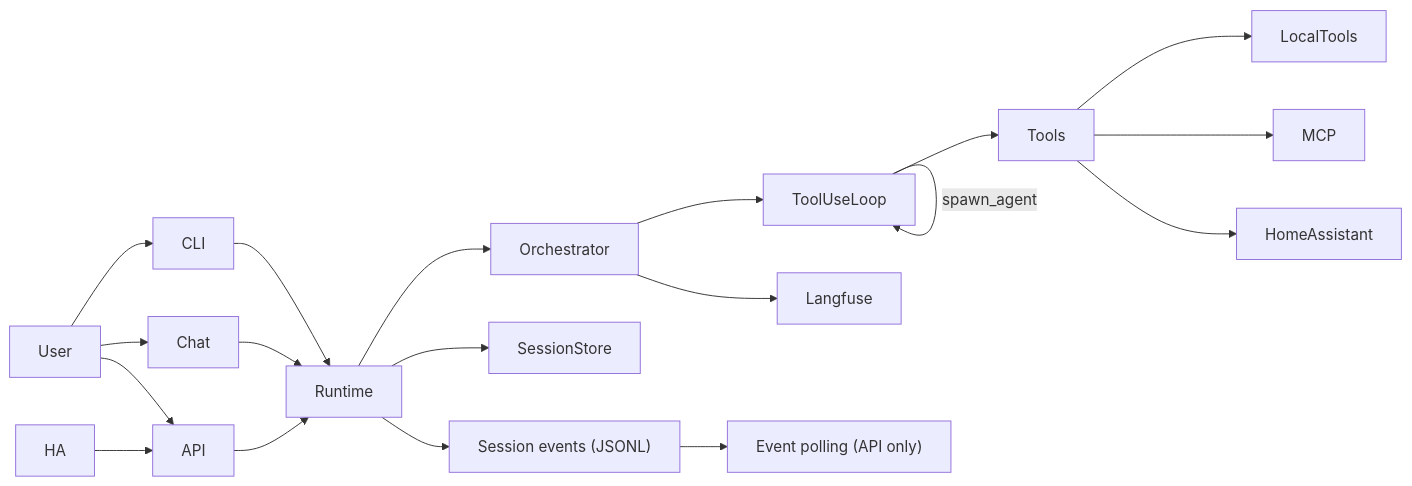
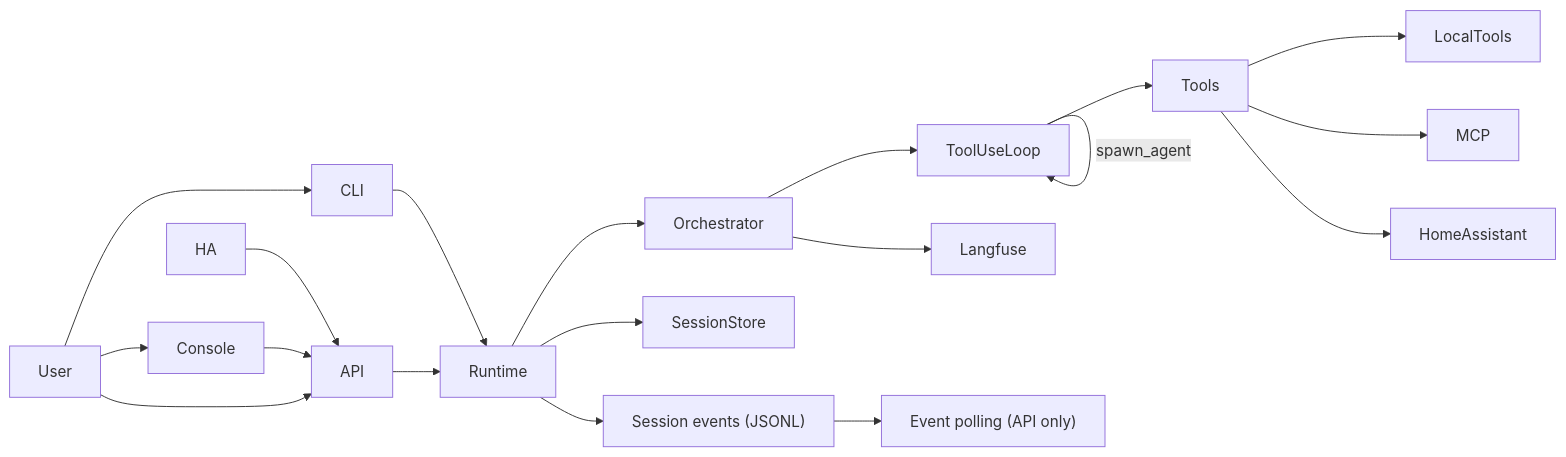
The diagram in docs/index.md (bearlike/Assistant), drawn with Mermaid before and after one commit. The commit also changed other lines of this file and 182 other files, not shown here.

````diff
--- a/docs/index.md
+++ b/docs/index.md
@@ -65,21 +63,21 @@
 ```mermaid
 flowchart LR
   User --> CLI
-  User --> Chat
+  User --> Console
   User --> API
   HA --> API
   CLI --> Runtime
-  Chat --> Runtime
+  Console --> API
   API --> Runtime
   Runtime --> Orchestrator
   Runtime --> SessionStore
   Orchestrator --> ToolUseLoop
   ToolUseLoop --> Tools
   ToolUseLoop -->|"spawn_agent"| ToolUseLoop
   Tools --> LocalTools
   Tools --> MCP
   Tools --> HomeAssistant
   Runtime --> Events["Session events (JSONL)"]
   Events --> Polling["Event polling (API only)"]
   Orchestrator --> Langfuse
 ```
````
